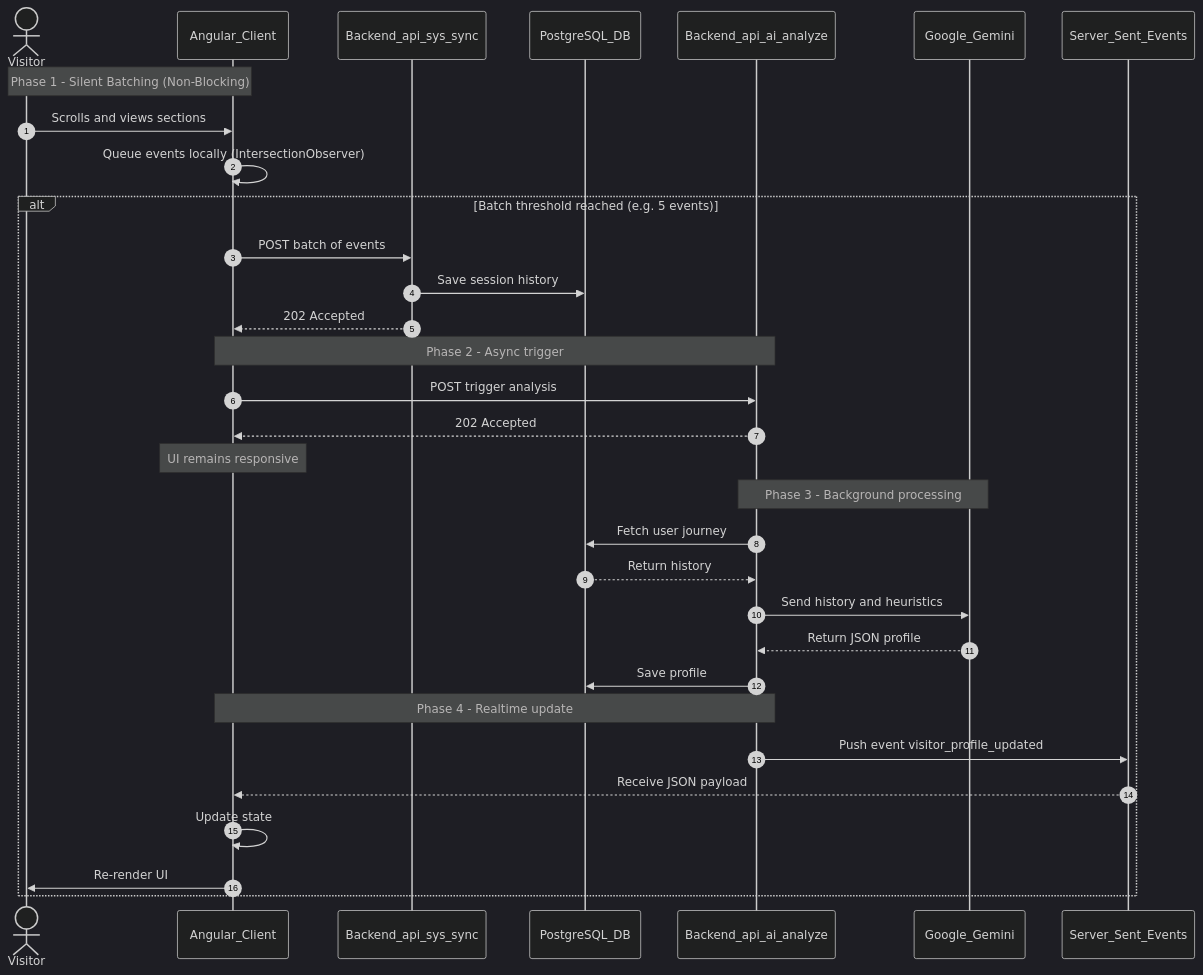
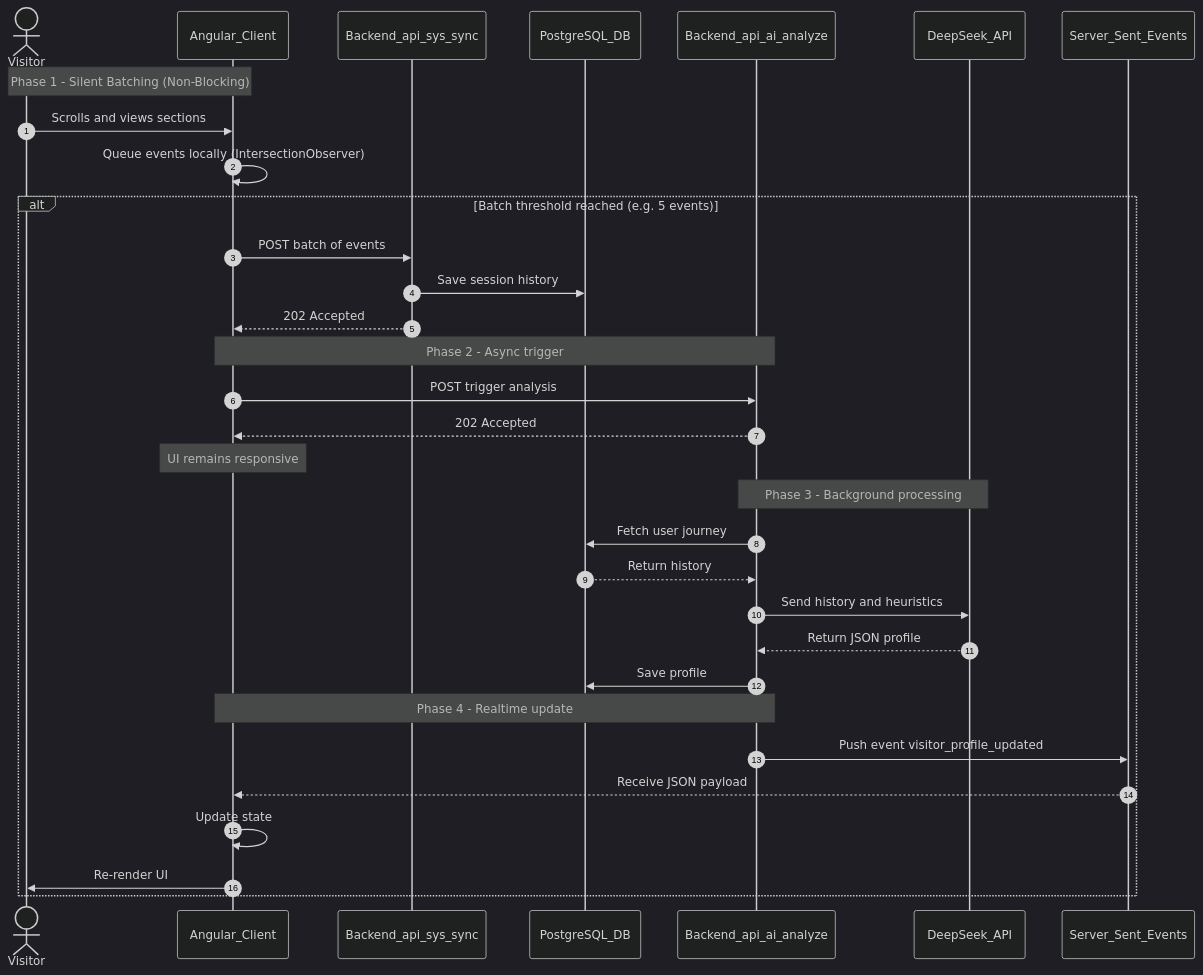
Before and after one commit to robertkameni/portfolio: the diagram in README.md, drawn with Mermaid (dark theme). The commit also changed other lines of this file and 11 other files, not shown here.

First line of the commit message:
refactor(ai): migrate from Gemini to DeepSeek API for AI interactions

````diff
--- a/README.md
+++ b/README.md
@@ -36,39 +36,39 @@
 ```mermaid
 sequenceDiagram
     autonumber
     actor User as Visitor
     participant Browser as Angular_Client
     participant API_Sync as Backend_api_sys_sync
     participant DB as PostgreSQL_DB
     participant API_AI as Backend_api_ai_analyze
-    participant Gemini as Google_Gemini
+    participant DeepSeek as DeepSeek_API
     participant SSE as Server_Sent_Events
 
     Note over User,Browser: Phase 1 - Silent Batching (Non-Blocking)
     User->>Browser: Scrolls and views sections
     Browser->>Browser: Queue events locally (IntersectionObserver)
     
     alt Batch threshold reached (e.g. 5 events)
         Browser->>API_Sync: POST batch of events
         API_Sync->>DB: Save session history
         API_Sync-->>Browser: 202 Accepted
         
         Note over Browser,API_AI: Phase 2 - Async trigger
         Browser->>API_AI: POST trigger analysis
         API_AI-->>Browser: 202 Accepted
         Note over Browser: UI remains responsive
         
-        Note over API_AI,Gemini: Phase 3 - Background processing
+        Note over API_AI,DeepSeek: Phase 3 - Background processing
         API_AI->>DB: Fetch user journey
         DB-->>API_AI: Return history
-        API_AI->>Gemini: Send history and heuristics
-        Gemini-->>API_AI: Return JSON profile
+        API_AI->>DeepSeek: Send history and heuristics
+        DeepSeek-->>API_AI: Return JSON profile
         API_AI->>DB: Save profile
         
         Note over API_AI,Browser: Phase 4 - Realtime update
         API_AI->>SSE: Push event visitor_profile_updated
         SSE-->>Browser: Receive JSON payload
         Browser->>Browser: Update state
         Browser->>User: Re-render UI
     end
 ```
````
